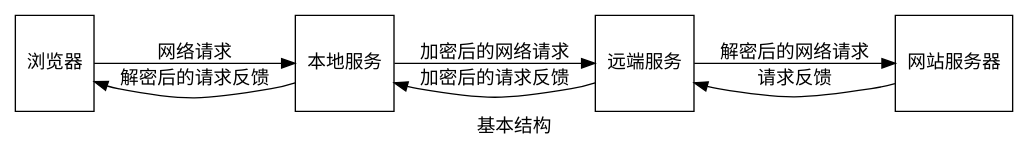
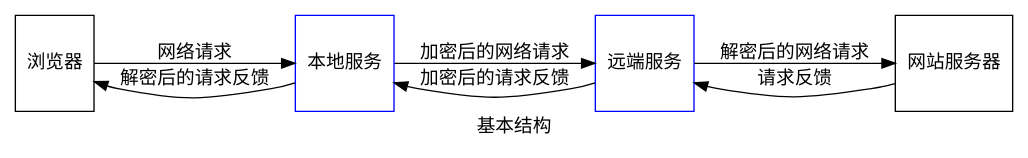
Before and after one commit to eaglexiang/eagle.tunnel.dotnet.core: the diagram in doc/arch.gv, drawn with Graphviz. The commit also changed 1 other file, not shown here.

Commit message:
arch.gv arch.png: add blue

```diff
--- a/doc/arch.gv
+++ b/doc/arch.gv
@@ -1,19 +1,19 @@
 digraph startgame {
     label="基本结构"
     rankdir = LR
 
     app[label="浏览器" shape=box, height=1]
-    local[label="本地服务" shape=box, height=1]
-    remote[label="远端服务" shape=box, height=1]
+    local[label="本地服务" shape=box, height=1, color=blue]
+    remote[label="远端服务" shape=box, height=1, color=blue]
     server[label="网站服务器" shape=box, height=1]
 
 
     app -> local [label="网络请求"]
     local -> app [label="解密后的请求反馈"]
 
     local -> remote [label="加密后的网络请求"]
     remote -> local [label="加密后的请求反馈"]
 
     remote -> server [label="解密后的网络请求"]
     server -> remote [label="请求反馈"]
 }
```
